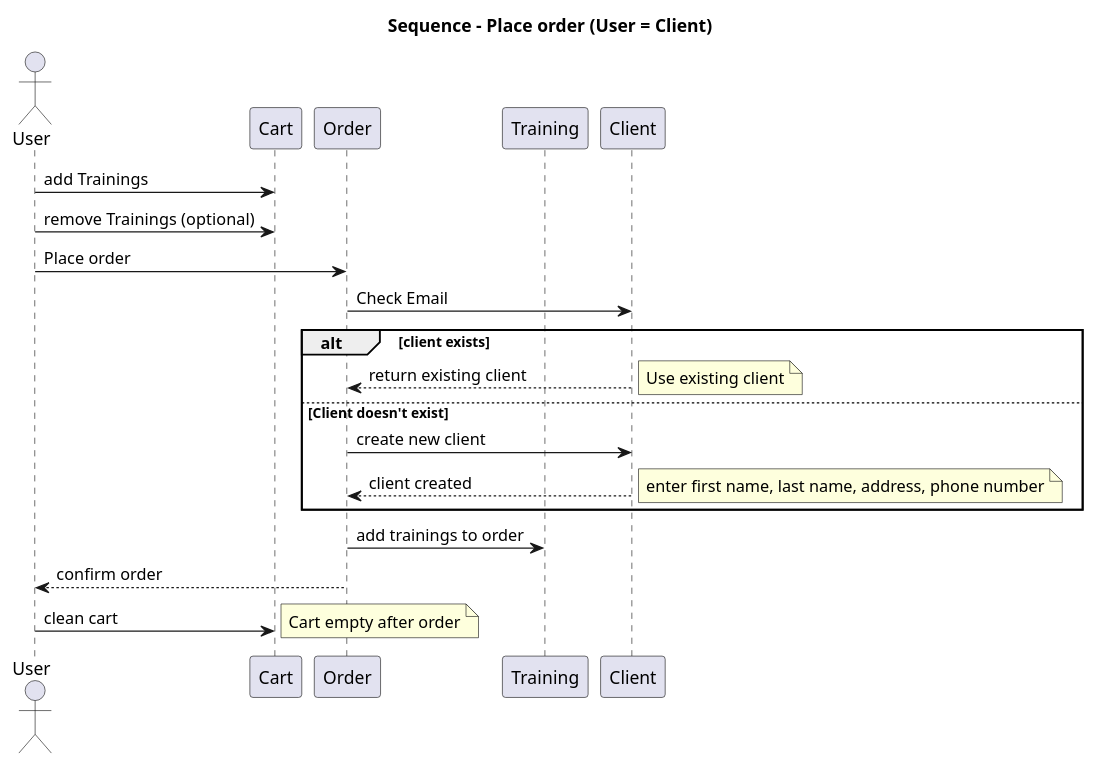
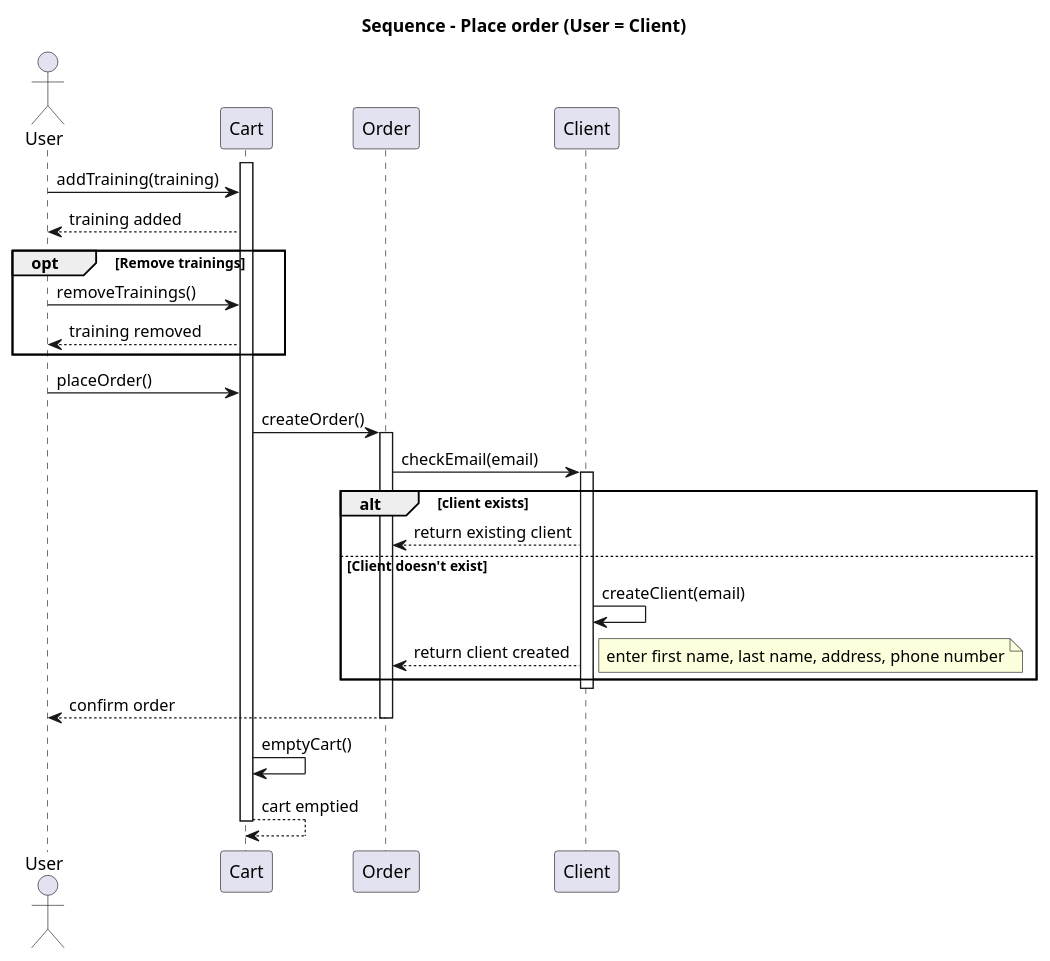
Before and after one commit to rdpt03/FMS-JAVA-Eval-FormationsManager: the diagram in docs/sequence.puml, drawn with PlantUML.

Commit message:
Refactor sequence diagram:
- Add missing Activate/Deactivate calls
- Replace participant names with function names
- Remove Training participant
- Include return messages for all actions
- Adjust action logic for more accurate flow

```diff
--- a/docs/sequence.puml
+++ b/docs/sequence.puml
@@ -1,42 +1,48 @@
 @startuml
 title Sequence - Place order (User = Client)
 
 actor User
 participant "Cart" as Cart
 participant "Order" as Order
-participant "Training" as Training
 participant "Client" as ClientDB
 
 ' User add/remove trainings
-User -> Cart : add Trainings
-User -> Cart : remove Trainings (optional)
+Activate Cart
+User -> Cart : addTraining(training)
+User <-- Cart : training added
+opt Remove trainings
+    User -> Cart : removeTrainings()
+    User <-- Cart : training removed
+end
 
 ' User Place order
-User -> Order : Place order
+User -> Cart : placeOrder()
+Cart -> Order : createOrder()
+Activate Order
 
 ' Check if the email exists
-Order -> ClientDB : Check Email
+Order -> ClientDB : checkEmail(email)
+Activate ClientDB
 alt client exists
     ClientDB --> Order : return existing client
-    note right
-        Use existing client
-    end note
+
 else Client doesn't exist
-    Order -> ClientDB : create new client
-    ClientDB --> Order : client created
+    ClientDB -> ClientDB : createClient(email)
+    ClientDB --> Order : return client created
     note right
         enter first name, last name, address, phone number
     end note
 end
+Deactivate ClientDB
 
 ' Associate trainings to orders
-Order -> Training : add trainings to order
+
 Order --> User : confirm order
+Deactivate Order
+' Clean the cart
+Cart -> Cart : emptyCart()
+Cart --> Cart : cart emptied
+Deactivate Cart
 
-' Clean the cart
-User -> Cart : clean cart
-note right
-    Cart empty after order
-end note
 
 @enduml
```
